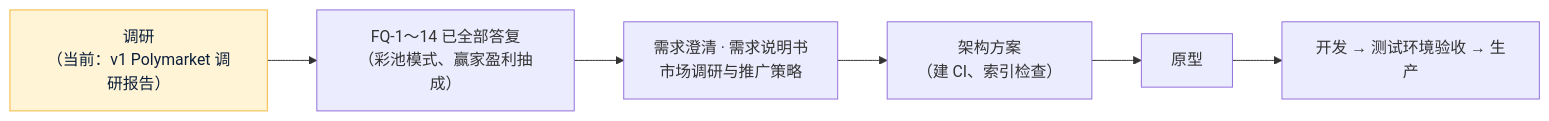
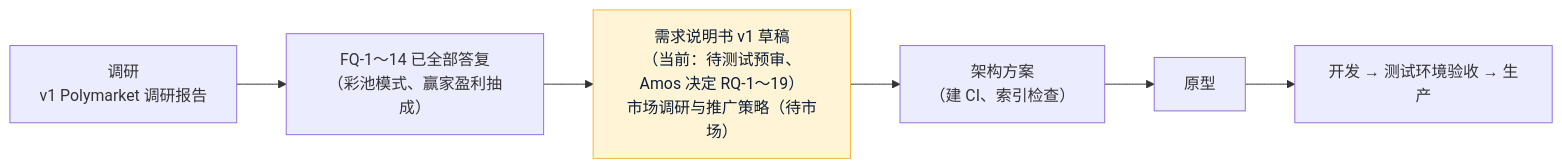
Before and after one commit to dollar3651314/forecast: the diagram in 项目地图.md, drawn with Mermaid. The commit also changed other lines of this file and 9 other files, not shown here.

First line of the commit message:
需求说明书 v1.0 草稿（彩池模式）+ 线框图；项目地图、索引进入需求阶段

````diff
--- a/项目地图.md
+++ b/项目地图.md
@@ -10,5 +10,5 @@
 ```mermaid
 flowchart LR
-    R["调研<br/>（当前：v1 Polymarket 调研报告）"]:::now --> Q["FQ-1～14 已全部答复<br/>（彩池模式、赢家盈利抽成）"] --> D["需求澄清 · 需求说明书<br/>市场调研与推广策略"] --> A["架构方案<br/>（建 CI、索引检查）"] --> P["原型"] --> DEV["开发 → 测试环境验收 → 生产"]
+    R["调研<br/>v1 Polymarket 调研报告"] --> Q["FQ-1～14 已全部答复<br/>（彩池模式、赢家盈利抽成）"] --> D["需求说明书 v1 草稿<br/>（当前：待测试预审、Amos 决定 RQ-1～19）<br/>市场调研与推广策略（待市场）"]:::now --> A["架构方案<br/>（建 CI、索引检查）"] --> P["原型"] --> DEV["开发 → 测试环境验收 → 生产"]
     classDef now fill:#FFF4D6,stroke:#F5B83D,color:#0B1F3A
 ```
````
